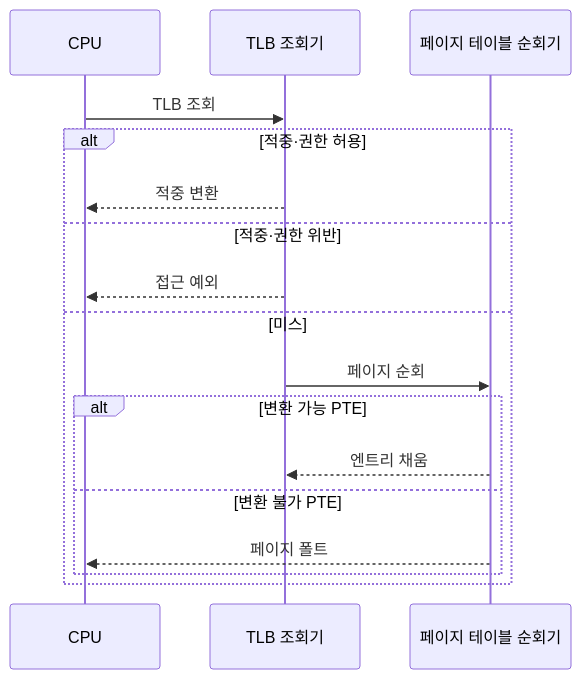
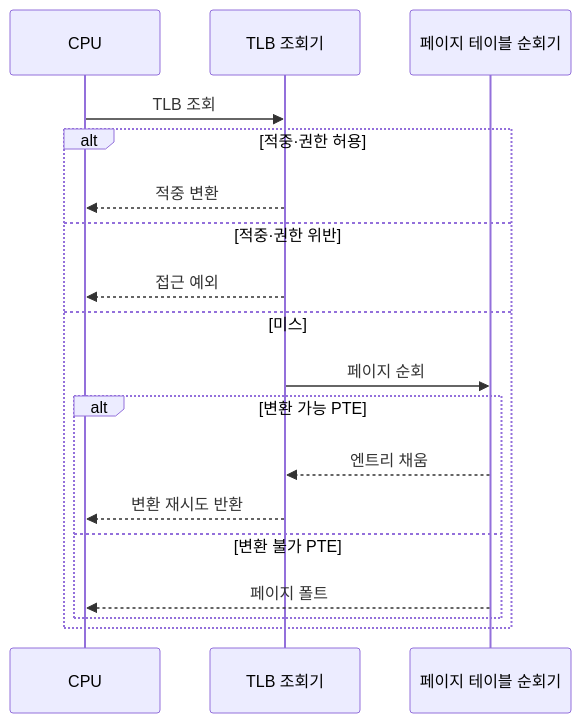
One commit to agnusdei1207/knowledge-base changed the second of 2 diagrams in src/content/docs/notes/02-hardware/016_tlb.md. Above: the diagram before and after it, drawn with Mermaid. The commit also changed other lines of this file and 7 other files, not shown here.

````diff
--- a/src/content/docs/notes/02-hardware/016_tlb.md
+++ b/src/content/docs/notes/02-hardware/016_tlb.md
@@ -95,19 +95,20 @@
 ```mermaid
 sequenceDiagram
     participant C as CPU
     participant T as TLB 조회기
     participant W as 페이지 테이블 순회기
     C->>T: TLB 조회
     alt 적중·권한 허용
         T-->>C: 적중 변환
     else 적중·권한 위반
         T-->>C: 접근 예외
     else 미스
         T->>W: 페이지 순회
         alt 변환 가능 PTE
             W-->>T: 엔트리 채움
+            T-->>C: 변환 재시도 반환
         else 변환 불가 PTE
             W-->>C: 페이지 폴트
         end
     end
 ```
````
